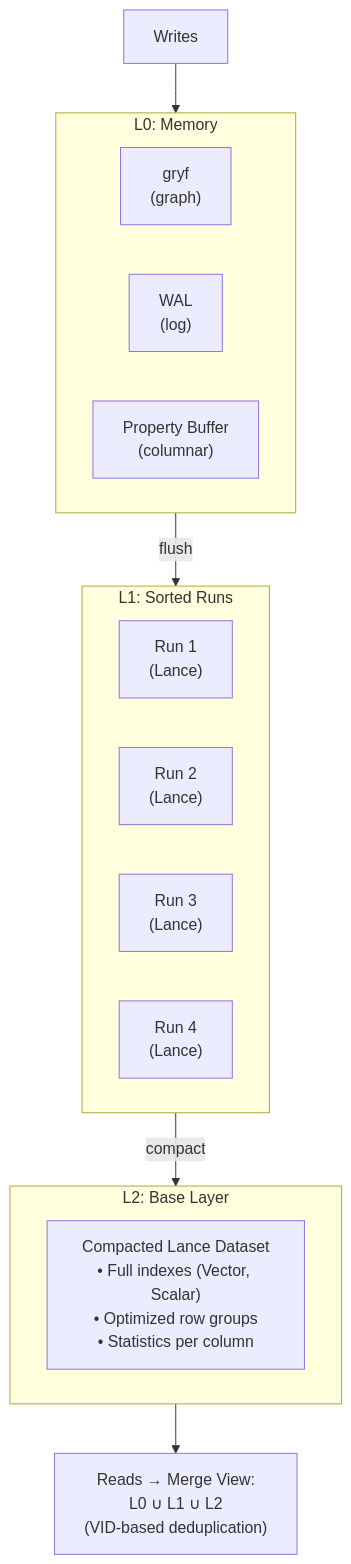
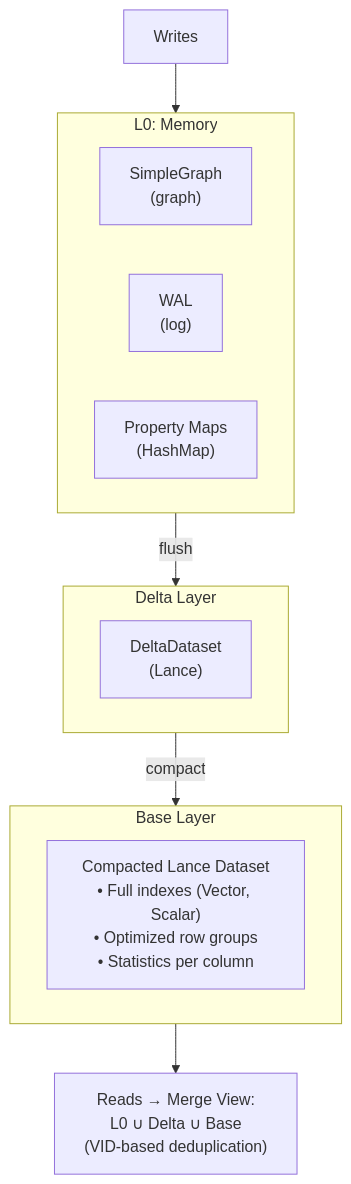
Before and after one commit to rustic-ai/uni: the first of 3 diagrams in website/docs/internals/storage-engine.md, drawn with Mermaid. The commit also changed other lines of this file and 7 other files, not shown here.

First line of the commit message:
feat(storage): add time-based auto-flush for low-transaction systems

````diff
--- a/website/docs/internals/storage-engine.md
+++ b/website/docs/internals/storage-engine.md
@@ -7,28 +7,25 @@
 ```mermaid
 flowchart TB
     Writes["Writes"]
 
     subgraph L0["L0: Memory"]
-        gryf["gryf<br/>(graph)"]
+        SG["SimpleGraph<br/>(graph)"]
         WAL["WAL<br/>(log)"]
-        PropBuf["Property Buffer<br/>(columnar)"]
+        PropBuf["Property Maps<br/>(HashMap)"]
     end
 
-    subgraph L1["L1: Sorted Runs"]
-        Run1["Run 1<br/>(Lance)"]
-        Run2["Run 2<br/>(Lance)"]
-        Run3["Run 3<br/>(Lance)"]
-        Run4["Run 4<br/>(Lance)"]
+    subgraph Delta["Delta Layer"]
+        DeltaDS["DeltaDataset<br/>(Lance)"]
     end
 
-    subgraph L2["L2: Base Layer"]
+    subgraph Base["Base Layer"]
         Compacted["Compacted Lance Dataset<br/>• Full indexes (Vector, Scalar)<br/>• Optimized row groups<br/>• Statistics per column"]
     end
 
-    Reads["Reads → Merge View:<br/>L0 ∪ L1 ∪ L2<br/>(VID-based deduplication)"]
+    Reads["Reads → Merge View:<br/>L0 ∪ Delta ∪ Base<br/>(VID-based deduplication)"]
 
     Writes --> L0
-    L0 -->|flush| L1
-    L1 -->|compact| L2
-    L2 --> Reads
+    L0 -->|flush| Delta
+    Delta -->|compact| Base
+    Base --> Reads
 ```
````
